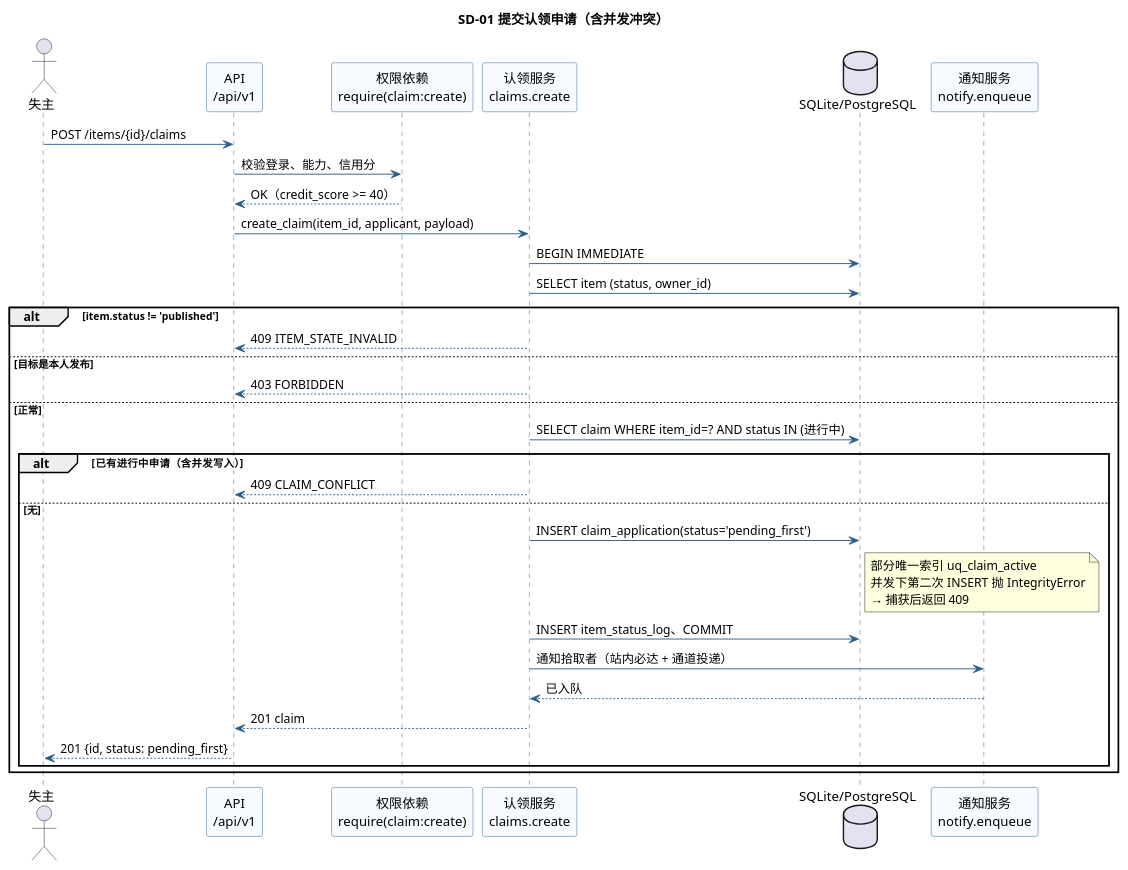
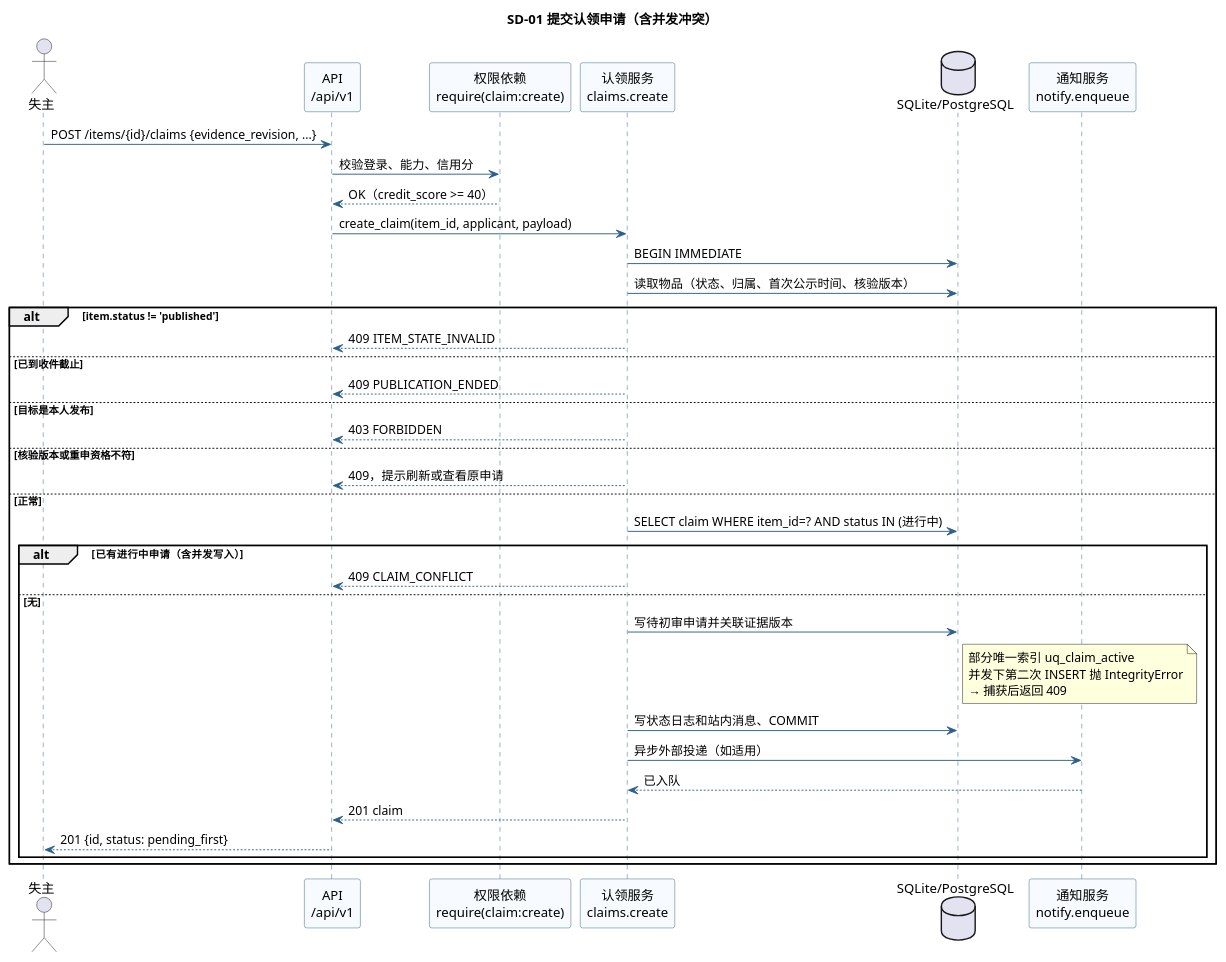
One commit to phao90016-jpg/Tongji-campus-lost-found changed the diagram in models/sequence/sd01-submit-claim.puml. Above: the diagram before and after it, drawn with PlantUML. The commit also changed 50 other files, not shown here.

```diff
--- a/models/sequence/sd01-submit-claim.puml
+++ b/models/sequence/sd01-submit-claim.puml
@@ -1,55 +1,59 @@
 @startuml sd01-submit-claim
 ' ============================================================
 ' SD-01 提交认领申请（含并发冲突）
 ' 对应 SRS §4.2、详细设计 构件 2
 ' 重点：部分唯一索引 uq_claim_active 保证同一物品只有一条进行中申请
 ' ============================================================
 title SD-01 提交认领申请（含并发冲突）
 
 skinparam defaultFontName "Microsoft YaHei"
 skinparam shadowing false
 skinparam sequence {
   ArrowColor #2C5F8A
   LifeLineBorderColor #2C5F8A
   ParticipantBackgroundColor #F7FBFF
   ParticipantBorderColor #2C5F8A
 }
 
 actor "失主" as U
 participant "API\n/api/v1" as API
 participant "权限依赖\nrequire(claim:create)" as AUTH
 participant "认领服务\nclaims.create" as SVC
 database "SQLite/PostgreSQL" as DB
 participant "通知服务\nnotify.enqueue" as NOTIFY
 
-U -> API : POST /items/{id}/claims
+U -> API : POST /items/{id}/claims {evidence_revision, ...}
 API -> AUTH : 校验登录、能力、信用分
 AUTH --> API : OK（credit_score >= 40）
 API -> SVC : create_claim(item_id, applicant, payload)
 
 SVC -> DB : BEGIN IMMEDIATE
-SVC -> DB : SELECT item (status, owner_id)
+SVC -> DB : 读取物品（状态、归属、首次公示时间、核验版本）
 alt item.status != 'published'
   SVC --> API : 409 ITEM_STATE_INVALID
+else 已到收件截止
+  SVC --> API : 409 PUBLICATION_ENDED
 else 目标是本人发布
   SVC --> API : 403 FORBIDDEN
+else 核验版本或重申资格不符
+  SVC --> API : 409，提示刷新或查看原申请
 else 正常
   SVC -> DB : SELECT claim WHERE item_id=? AND status IN (进行中)
   alt 已有进行中申请（含并发写入）
     SVC --> API : 409 CLAIM_CONFLICT
   else 无
-    SVC -> DB : INSERT claim_application(status='pending_first')
+    SVC -> DB : 写待初审申请并关联证据版本
     Note right of DB
       部分唯一索引 uq_claim_active
       并发下第二次 INSERT 抛 IntegrityError
       → 捕获后返回 409
     end note
-    SVC -> DB : INSERT item_status_log、COMMIT
-    SVC -> NOTIFY : 通知拾取者（站内必达 + 通道投递）
+    SVC -> DB : 写状态日志和站内消息、COMMIT
+    SVC -> NOTIFY : 异步外部投递（如适用）
     NOTIFY --> SVC : 已入队
     SVC --> API : 201 claim
     API --> U : 201 {id, status: pending_first}
   end
 end
 
 @enduml
```
